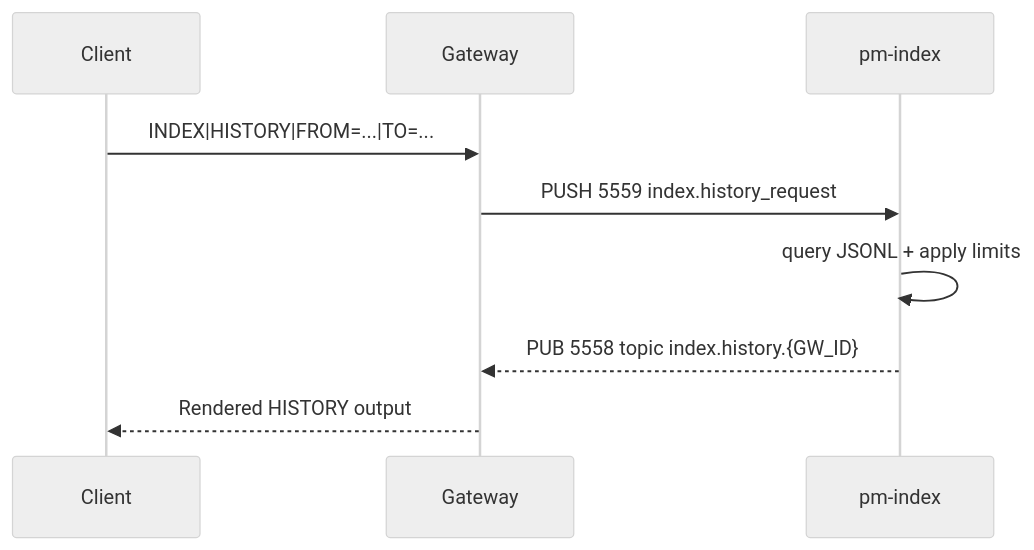
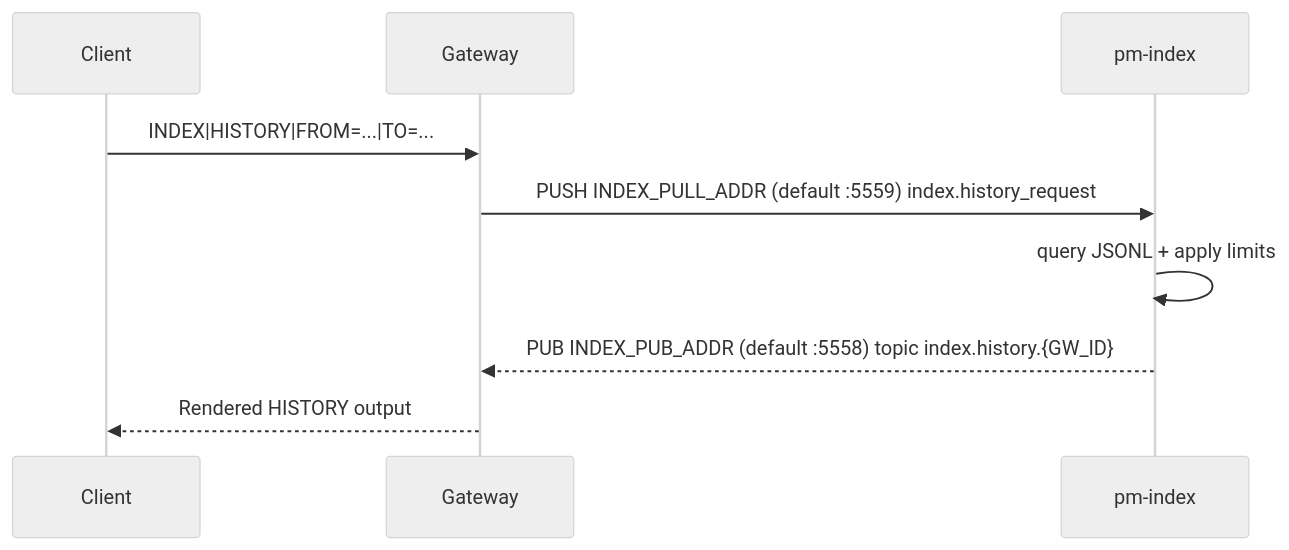
One commit to johan162/EduMatcher changed the third of 5 diagrams in docs-design/EduMatcher-Index.md. Above: the diagram before and after it, drawn with Mermaid (neutral theme). The commit also changed other lines of this file and 3 other files, not shown here.

````diff
--- a/docs-design/EduMatcher-Index.md
+++ b/docs-design/EduMatcher-Index.md
@@ -862,12 +864,12 @@
 ```mermaid
 sequenceDiagram
     participant C as Client
     participant G as Gateway
     participant I as pm-index
 
     C->>G: INDEX|HISTORY|FROM=...|TO=...
-    G->>I: PUSH 5559 index.history_request
+    G->>I: PUSH INDEX_PULL_ADDR (default :5559) index.history_request
     I->>I: query JSONL + apply limits
-    I-->>G: PUB 5558 topic index.history.{GW_ID}
+    I-->>G: PUB INDEX_PUB_ADDR (default :5558) topic index.history.{GW_ID}
     G-->>C: Rendered HISTORY output
 ```
````
